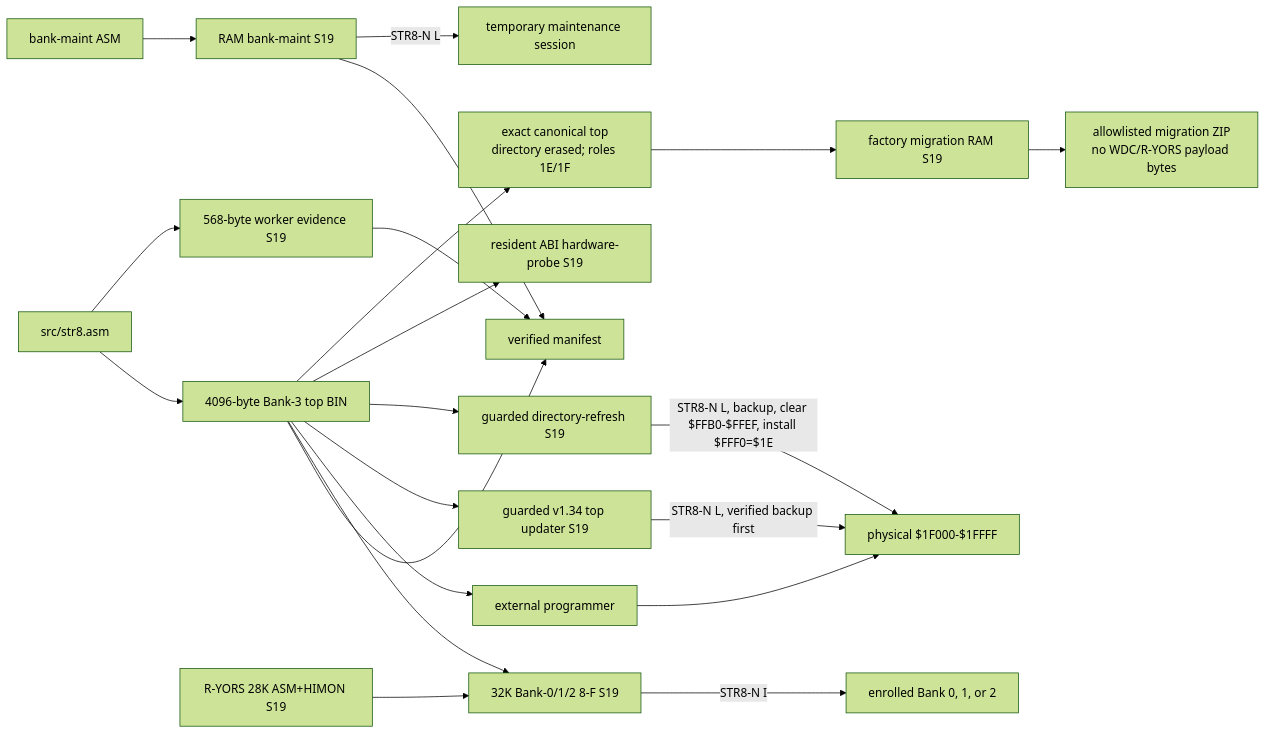
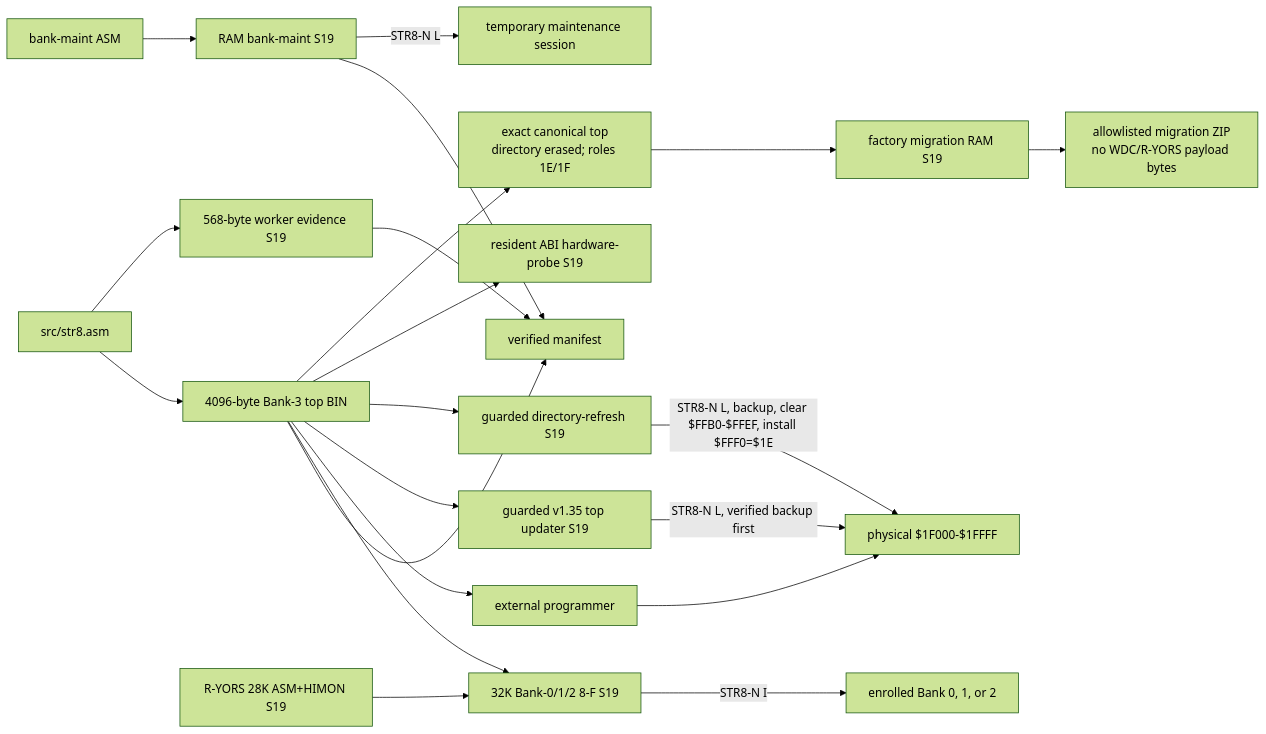
The second of 14 diagrams in docs/MAPS.md (95westus/STR8-N), drawn with Mermaid (forest theme) before and after one commit. The commit also changed other lines of this file and 59 other files, not shown here.

````diff
--- a/docs/MAPS.md
+++ b/docs/MAPS.md
@@ -41,23 +41,23 @@
 ```mermaid
 flowchart LR
     SRC[src/str8.asm] --> TOP[4096-byte Bank-3 top BIN]
     SRC --> WORKER[568-byte worker evidence S19]
     BM_SRC[bank-maint ASM] --> BM[RAM bank-maint S19]
     TOP --> MANIFEST[verified manifest]
     WORKER --> MANIFEST
     BM --> MANIFEST
     RY[R-YORS 28K ASM+HIMON S19] --> FULL[32K Bank-0/1/2 8-F S19]
     TOP --> FULL
     TOP --> PROGRAMMER[external programmer]
     PROGRAMMER --> B3F[physical $1F000-$1FFFF]
-    TOP --> UPDATE[guarded v1.34 top updater S19]
+    TOP --> UPDATE[guarded v1.35 top updater S19]
     UPDATE -->|STR8-N L, verified backup first| B3F
     TOP --> REFRESH[guarded directory-refresh S19]
     REFRESH -->|STR8-N L, backup, clear $FFB0-$FFEF, install $FFF0=$1E| B3F
     TOP --> ABI_TEST[resident ABI hardware-probe S19]
     BM -->|STR8-N L| RAM_TOOL[temporary maintenance session]
     FULL -->|STR8-N I| GUEST[enrolled Bank 0, 1, or 2]
     TOP --> WDC_TOP[exact canonical top<br/>directory erased; roles 1E/1F]
     WDC_TOP --> WDC_INSTALL[factory migration RAM S19]
     WDC_INSTALL --> KIT[allowlisted migration ZIP<br/>no WDC/R-YORS payload bytes]
 ```
````
